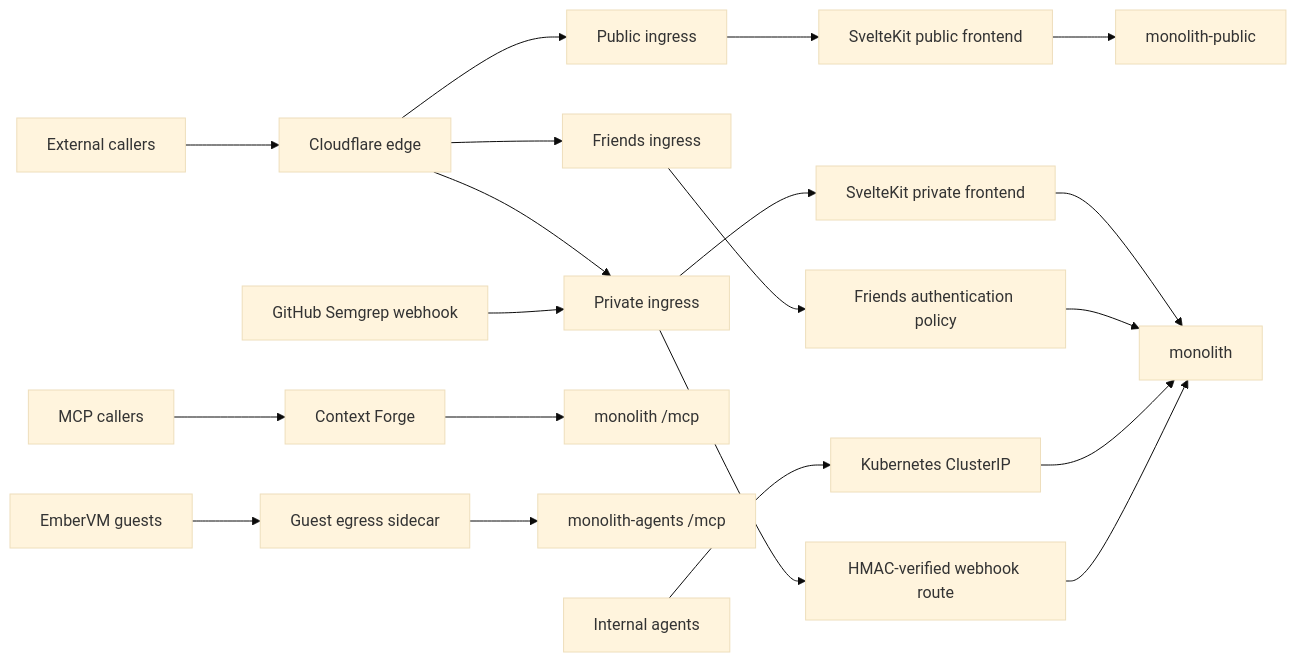
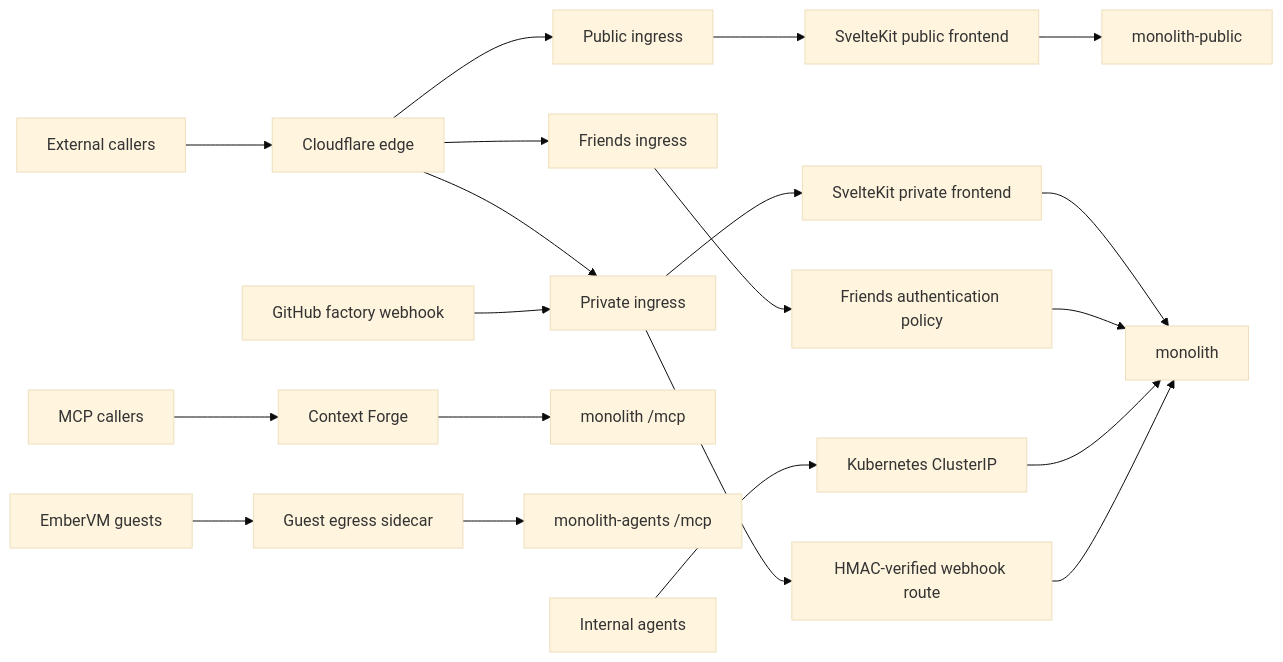
One commit to jomcgi-org/homelab changed the diagram in projects/monolith/ARCHITECTURE.md. Above: the diagram before and after it, drawn with Mermaid (base theme). The commit also changed other lines of this file and 355 other files, not shown here.

````diff
--- a/projects/monolith/ARCHITECTURE.md
+++ b/projects/monolith/ARCHITECTURE.md
@@ -68,22 +68,22 @@
 ```mermaid
 flowchart LR
     External[External callers] --> Edge[Cloudflare edge]
     Edge --> PublicIngress[Public ingress]
     Edge --> PrivateIngress[Private ingress]
     Edge --> FriendsIngress[Friends ingress]
     PublicIngress --> PublicWeb[SvelteKit public frontend]
     PublicWeb --> PublicApi[monolith-public]
     PrivateIngress --> PrivateWeb[SvelteKit private frontend]
     PrivateWeb --> PrivateApi[monolith]
     FriendsIngress --> FriendsPolicy[Friends authentication policy]
     FriendsPolicy --> PrivateApi
     MCP[MCP callers] --> ContextForge[Context Forge]
     ContextForge --> MCPMount[monolith /mcp]
     Guests[EmberVM guests] --> Sidecar[Guest egress sidecar]
     Sidecar --> AgentsApi[monolith-agents /mcp]
     Internal[Internal agents] --> ClusterIP[Kubernetes ClusterIP]
     ClusterIP --> PrivateApi
-    Webhooks[GitHub Semgrep webhook] --> PrivateIngress
+    Webhooks[GitHub factory webhook] --> PrivateIngress
     PrivateIngress --> WebhookRoute[HMAC-verified webhook route]
     WebhookRoute --> PrivateApi
 ```
````
